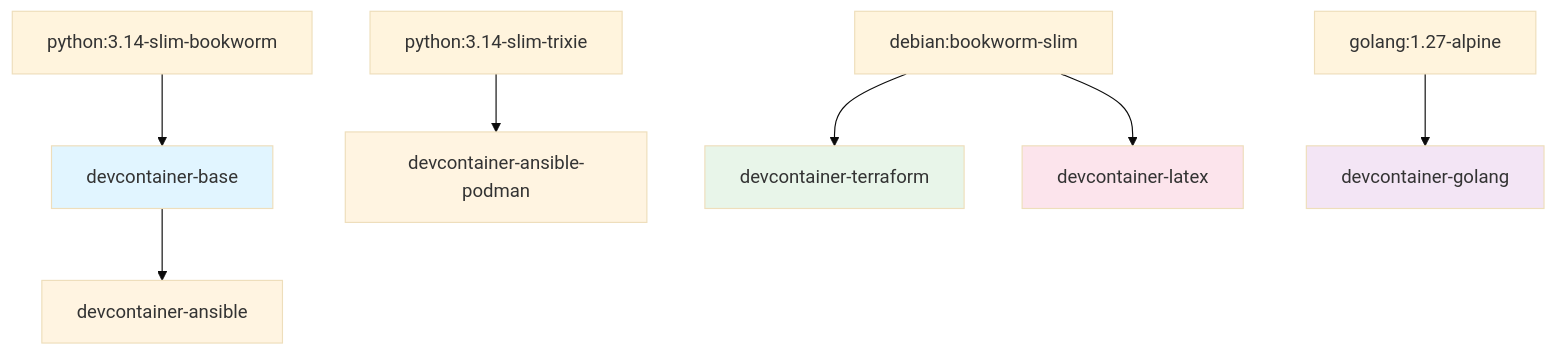
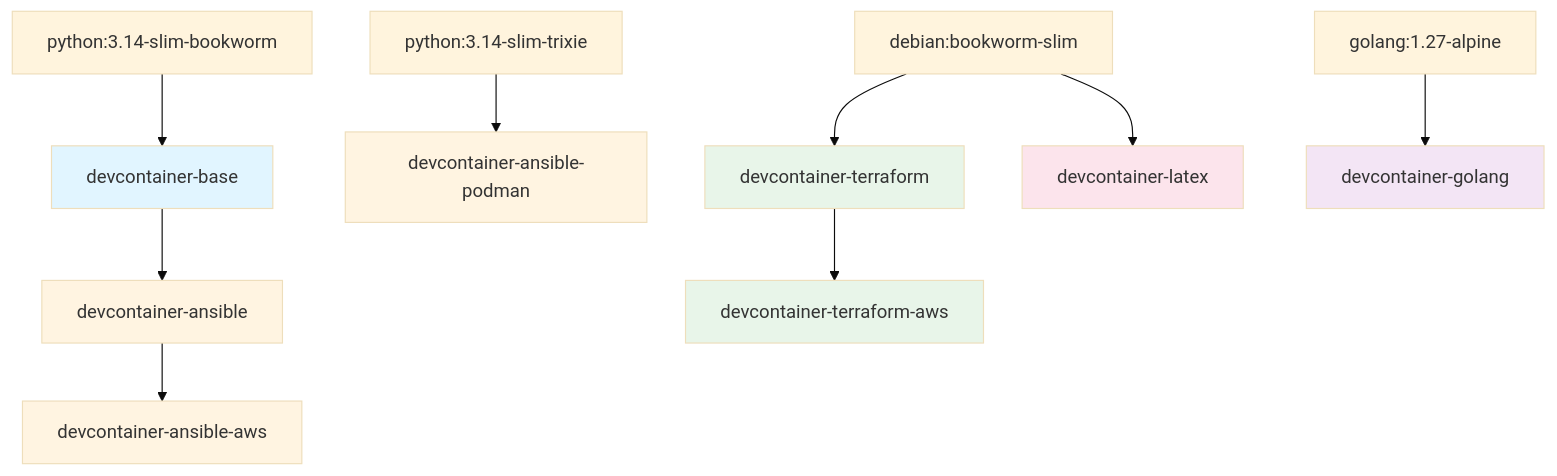
The first of 11 diagrams in docs/ARCHITECTURE.md (malpanez/ansible-devcontainer-vscode), drawn with Mermaid (base theme) before and after one commit. The commit also changed other lines of this file and 27 other files, not shown here.

First line of the commit message:
feat(images)!: publish terraform-aws and ansible-aws variants

````diff
--- a/docs/ARCHITECTURE.md
+++ b/docs/ARCHITECTURE.md
@@ -7,19 +7,23 @@
 ```mermaid
 graph TD
     A[python:3.14-slim-bookworm] --> B[devcontainer-base]
     B --> C[devcontainer-ansible]
+    C --> L[devcontainer-ansible-aws]
 
     K[python:3.14-slim-trixie] --> D[devcontainer-ansible-podman]
 
     E[debian:bookworm-slim] --> F[devcontainer-terraform]
+    F --> M[devcontainer-terraform-aws]
     E --> G[devcontainer-latex]
 
     H[golang:1.27-alpine] --> I[devcontainer-golang]
 
     style B fill:#e1f5ff
     style C fill:#fff4e1
     style D fill:#fff4e1
     style F fill:#e8f5e9
     style G fill:#fce4ec
+    style L fill:#fff4e1
+    style M fill:#e8f5e9
     style I fill:#f3e5f5
 ```
````
